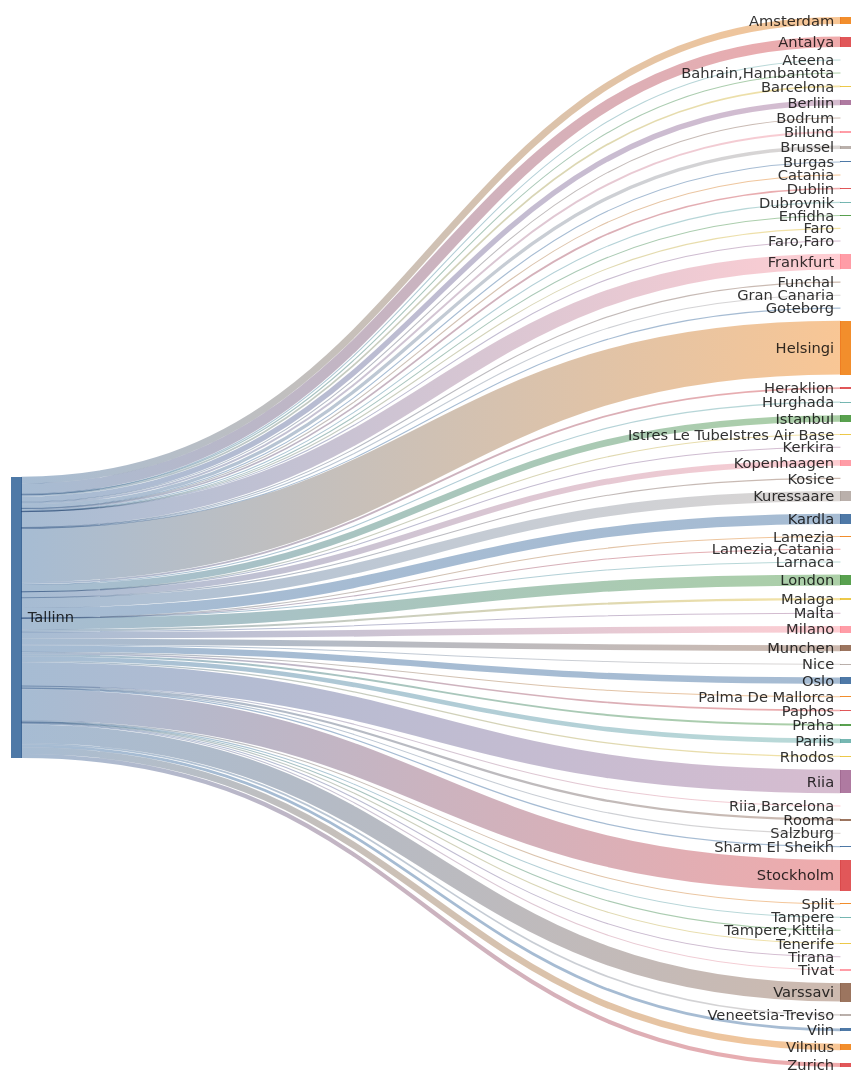
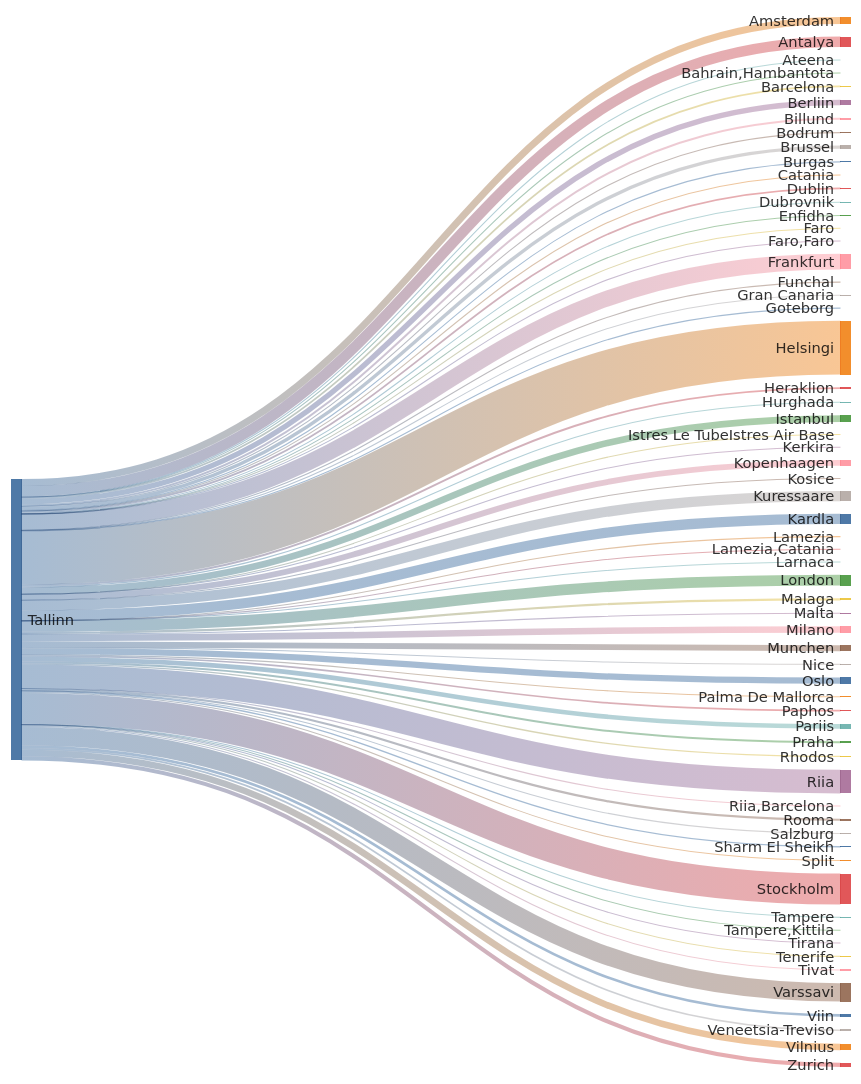
One commit to rainermesi/tll-airport-departures changed the second of 2 diagrams in README.md. Above: the diagram before and after it, drawn with Mermaid. The commit also changed other lines of this file, not shown here.

````diff
--- a/README.md
+++ b/README.md
@@ -34,75 +34,75 @@
 ```mermaid
 ---
 config:
   sankey:
     showValues: false
     width: 800
     height: 1000
 ---
 sankey-beta
 %% source,target,value
-Tallinn,Amsterdam,169
+Tallinn,Amsterdam,171
 Tallinn,Antalya,258
 Tallinn,Ateena,16
 Tallinn,"Bahrain,Hambantota",1
 Tallinn,Barcelona,42
 Tallinn,Berliin,133
 Tallinn,Billund,49
 Tallinn,Bodrum,11
-Tallinn,Brussel,83
+Tallinn,Brussel,84
 Tallinn,Burgas,21
 Tallinn,Catania,2
 Tallinn,Dublin,42
 Tallinn,Dubrovnik,21
 Tallinn,Enfidha,7
 Tallinn,Faro,4
 Tallinn,"Faro,Faro",1
-Tallinn,Frankfurt,386
+Tallinn,Frankfurt,389
 Tallinn,Funchal,5
 Tallinn,Gran Canaria,17
 Tallinn,Goteborg,1
-Tallinn,Helsingi,1322
+Tallinn,Helsingi,1328
 Tallinn,Heraklion,46
 Tallinn,Hurghada,24
-Tallinn,Istanbul,163
+Tallinn,Istanbul,164
 Tallinn,Istres Le TubeIstres Air Base,2
 Tallinn,Kerkira,4
-Tallinn,Kopenhaagen,144
+Tallinn,Kopenhaagen,145
 Tallinn,Kosice,1
-Tallinn,Kuressaare,249
-Tallinn,Kardla,249
+Tallinn,Kuressaare,251
+Tallinn,Kardla,251
 Tallinn,Lamezia,1
 Tallinn,"Lamezia,Catania",3
 Tallinn,Larnaca,4
-Tallinn,London,267
-Tallinn,Malaga,53
+Tallinn,London,268
+Tallinn,Malaga,54
 Tallinn,Malta,15
 Tallinn,Milano,161
 Tallinn,Munchen,146
 Tallinn,Nice,25
 Tallinn,Oslo,155
 Tallinn,Palma De Mallorca,19
 Tallinn,Paphos,41
-Tallinn,Pariis,113
+Tallinn,Pariis,114
 Tallinn,Praha,49
 Tallinn,Rhodos,32
-Tallinn,Riia,581
+Tallinn,Riia,585
 Tallinn,"Riia,Barcelona",1
 Tallinn,Rooma,54
 Tallinn,Salzburg,1
 Tallinn,Sharm El Sheikh,32
 Tallinn,Split,25
 Tallinn,Stockholm,759
 Tallinn,Tampere,17
 Tallinn,"Tampere,Kittila",1
 Tallinn,Tenerife,25
 Tallinn,Tirana,8
 Tallinn,Tivat,26
-Tallinn,Varssavi,451
+Tallinn,Varssavi,453
 Tallinn,Veneetsia-Treviso,42
 Tallinn,Viin,67
 Tallinn,Vilnius,161
-Tallinn,Zurich,102
+Tallinn,Zurich,103
 
 
 ```
````
